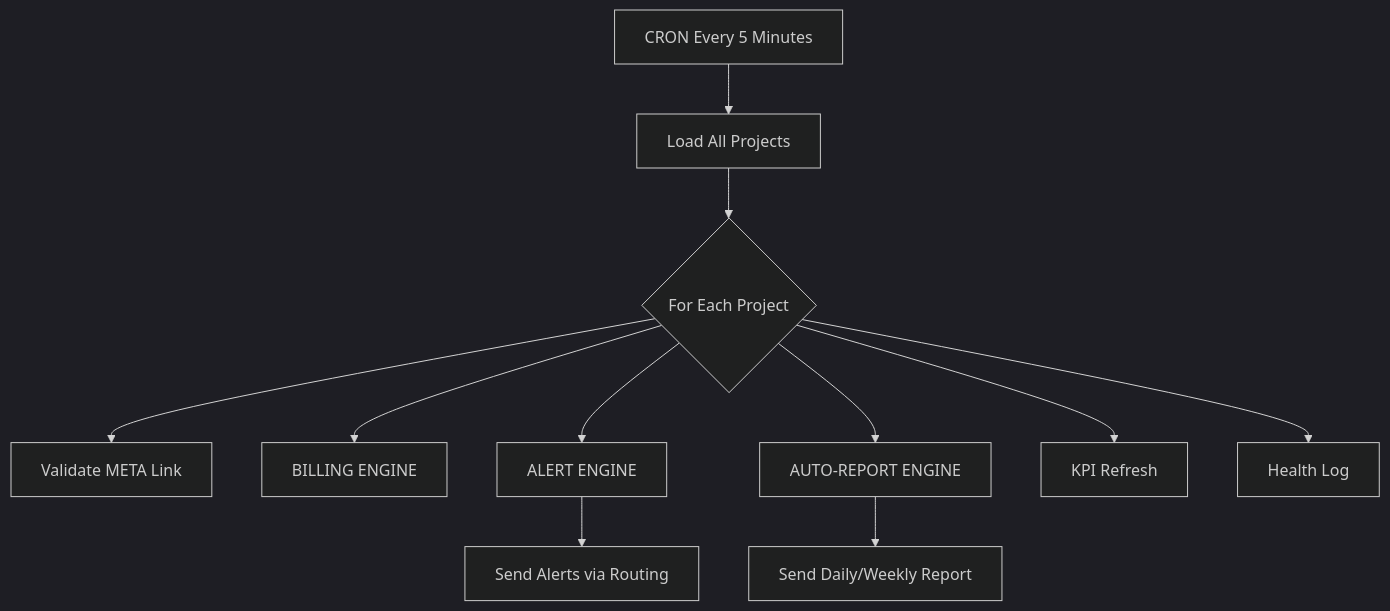
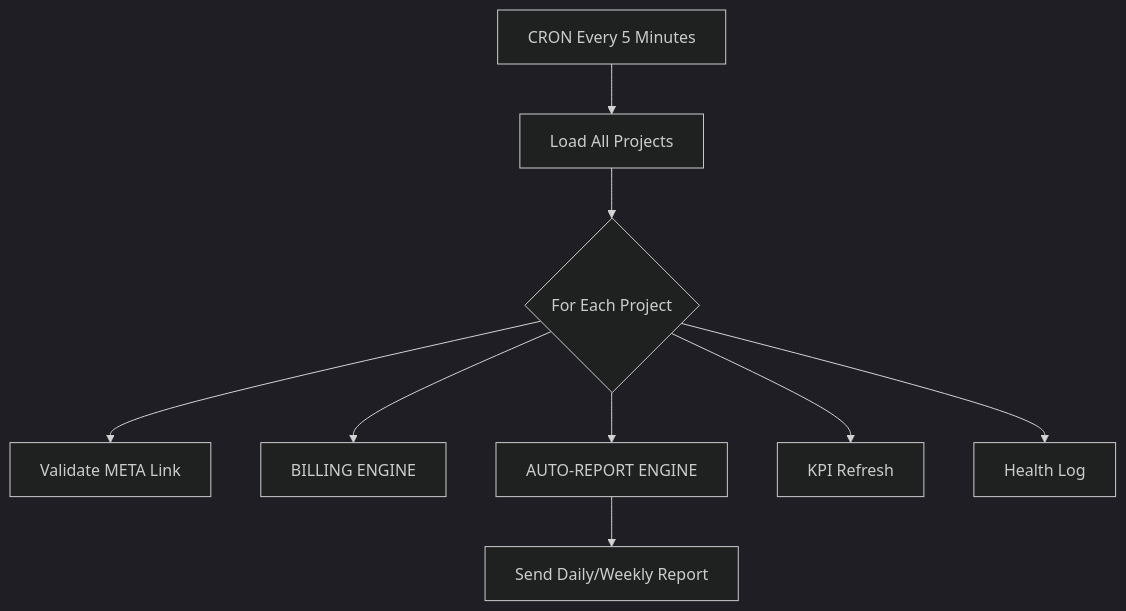
Before and after one commit to buyclientuz-pixel/targetbot: the second of 2 diagrams in SPEC-AUTO-REPORT-v3.md, drawn with Mermaid (dark theme). The commit also changed other lines of this file and 35 other files, not shown here.

````diff
--- a/SPEC-AUTO-REPORT-v3.md
+++ b/SPEC-AUTO-REPORT-v3.md
@@ -109,16 +101,14 @@
 ```mermaid
 flowchart TD
 
     CRON[CRON Every 5 Minutes] --> LOAD[Load All Projects]
     LOAD --> LOOP{For Each Project}
 
     LOOP --> META[Validate META Link]
     LOOP --> BILLING[BILLING ENGINE]
-    LOOP --> ALERTS[ALERT ENGINE]
     LOOP --> AUTOREPORT[AUTO-REPORT ENGINE]
     LOOP --> KPIREFRESH[KPI Refresh]
     LOOP --> LOG[Health Log]
 
     AUTOREPORT --> SENDREPORT[Send Daily/Weekly Report]
-    ALERTS --> SENDALERT[Send Alerts via Routing]
 ```
````
